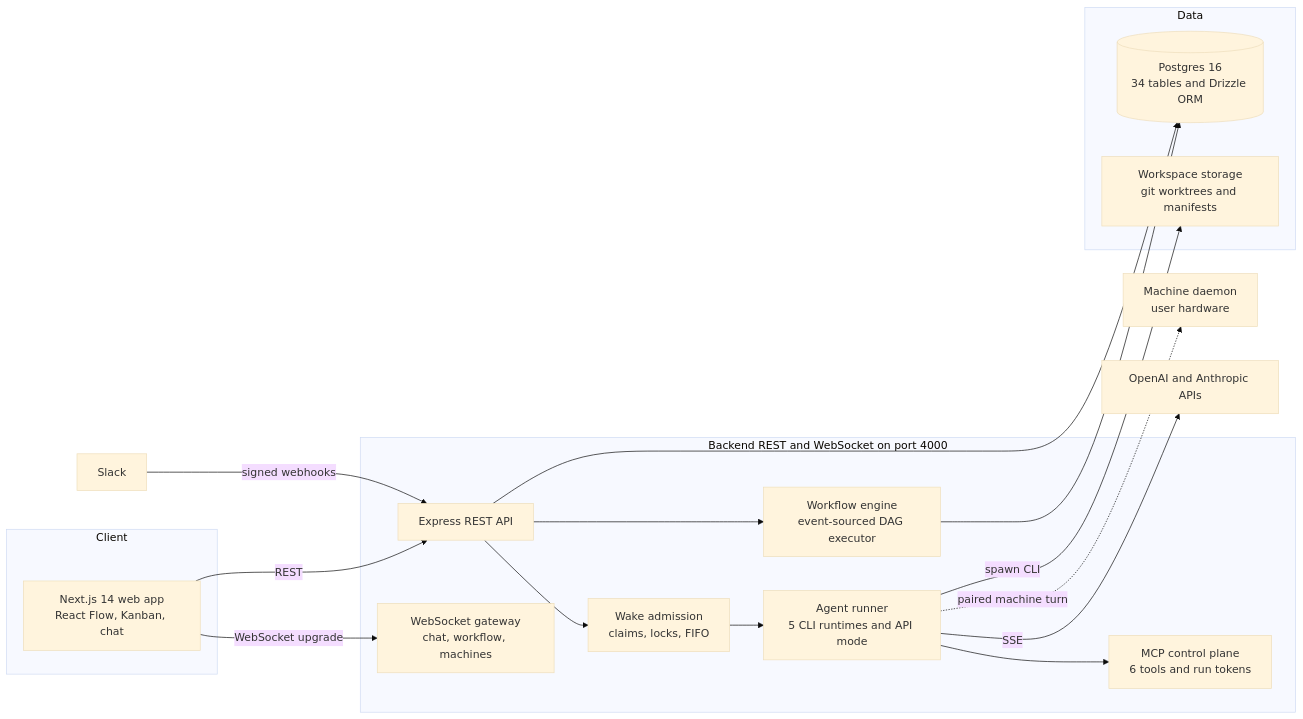
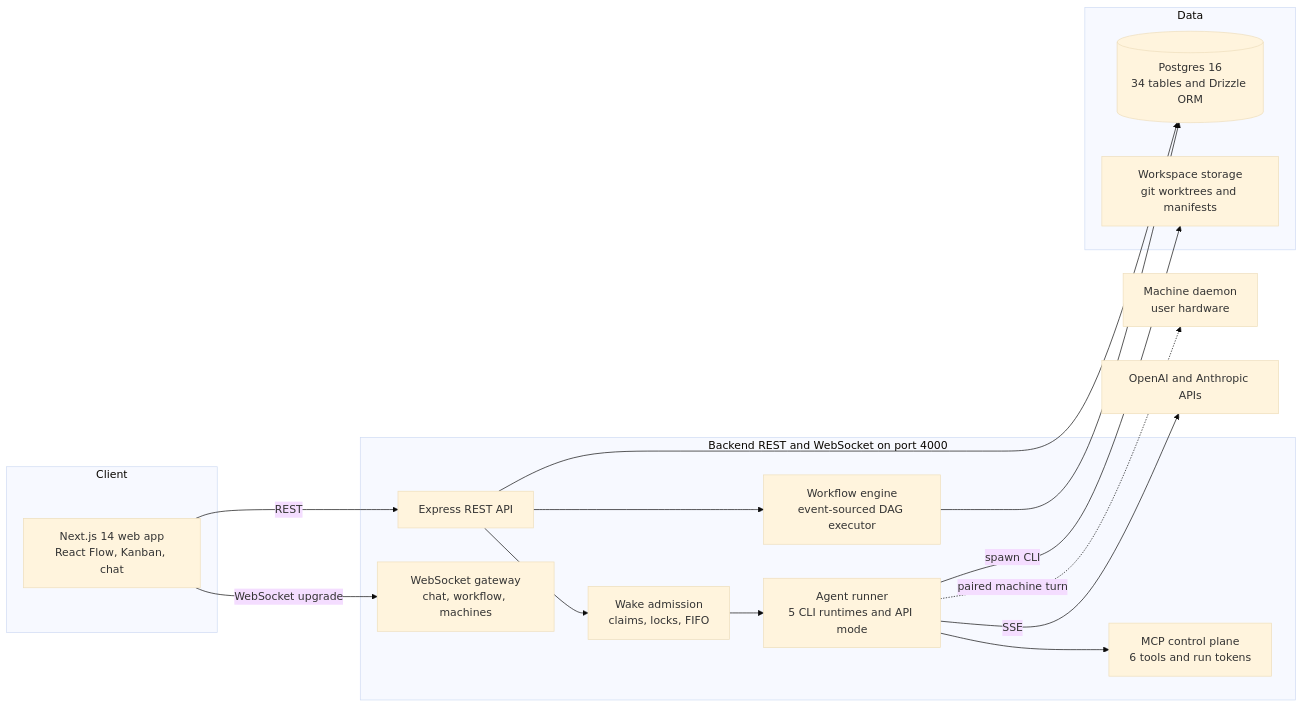
Before and after one commit to jeremychenczm/loxo: the diagram in README.md, drawn with Mermaid (base theme). The commit also changed other lines of this file and 17 other files, not shown here.

````diff
--- a/README.md
+++ b/README.md
@@ -87,33 +86,31 @@
 ```mermaid
 flowchart LR
     subgraph Client
         FE[Next.js 14 web app<br/>React Flow, Kanban, chat]
     end
     subgraph Server[Backend REST and WebSocket on port 4000]
         API[Express REST API]
         WS[WebSocket gateway<br/>chat, workflow, machines]
         WAKE[Wake admission<br/>claims, locks, FIFO]
         ENGINE[Workflow engine<br/>event-sourced DAG executor]
         MCP[MCP control plane<br/>6 tools and run tokens]
         RUNNER[Agent runner<br/>5 CLI runtimes and API mode]
     end
     subgraph Data
         PG[(Postgres 16<br/>34 tables and Drizzle ORM)]
         FS[Workspace storage<br/>git worktrees and manifests]
     end
     DAEMON[Machine daemon<br/>user hardware]
     LLM[OpenAI and Anthropic APIs]
-    SLACK[Slack]
 
     FE -->|REST| API
     FE -->|WebSocket upgrade| WS
     API --> WAKE --> RUNNER
     API --> ENGINE
     RUNNER --> MCP
     RUNNER -->|spawn CLI| FS
     RUNNER -->|SSE| LLM
     ENGINE --> PG
     API --> PG
     RUNNER -.->|paired machine turn| DAEMON
-    SLACK -->|signed webhooks| API
 ```
````
